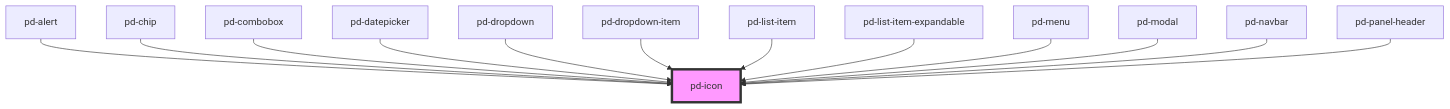
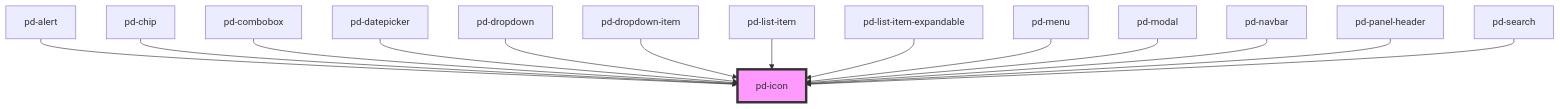
The diagram in packages/core/src/components/pd-icon/readme.md (Lambda-IT/parlamentsdienste-components), drawn with Mermaid before and after one commit. The commit also changed other lines of this file and 19 other files, not shown here.

````diff
--- a/packages/core/src/components/pd-icon/readme.md
+++ b/packages/core/src/components/pd-icon/readme.md
@@ -90,16 +91,17 @@
 ```mermaid
 graph TD;
   pd-alert --> pd-icon
   pd-chip --> pd-icon
   pd-combobox --> pd-icon
   pd-datepicker --> pd-icon
   pd-dropdown --> pd-icon
   pd-dropdown-item --> pd-icon
   pd-list-item --> pd-icon
   pd-list-item-expandable --> pd-icon
   pd-menu --> pd-icon
   pd-modal --> pd-icon
   pd-navbar --> pd-icon
   pd-panel-header --> pd-icon
+  pd-search --> pd-icon
   style pd-icon fill:#f9f,stroke:#333,stroke-width:4px
 ```
````
